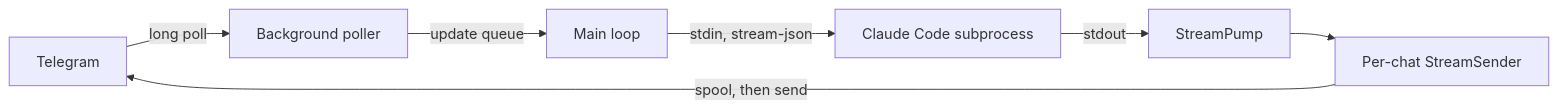
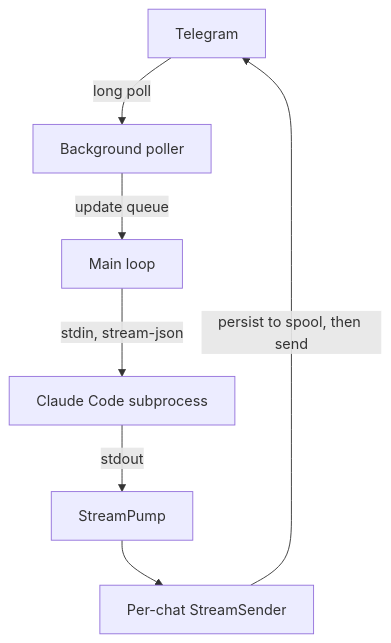
One commit to Maninae/claude-landline changed the diagram in README.md. Above: the diagram before and after it, drawn with Mermaid.

Commit message:
Flip How-it-works diagram to top-down for readability

````diff
--- a/README.md
+++ b/README.md
@@ -57,9 +57,9 @@
 ```mermaid
-flowchart LR
+flowchart TD
     TG[Telegram] -->|long poll| P[Background poller]
     P -->|update queue| M[Main loop]
     M -->|stdin, stream-json| C[Claude Code subprocess]
     C -->|stdout| SP[StreamPump]
     SP --> SS[Per-chat StreamSender]
-    SS -->|spool, then send| TG
+    SS -->|persist to spool, then send| TG
 ```
````
